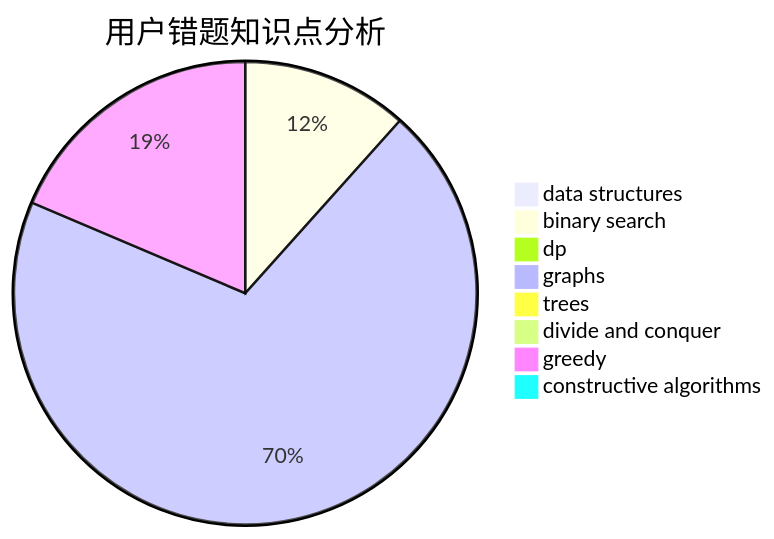
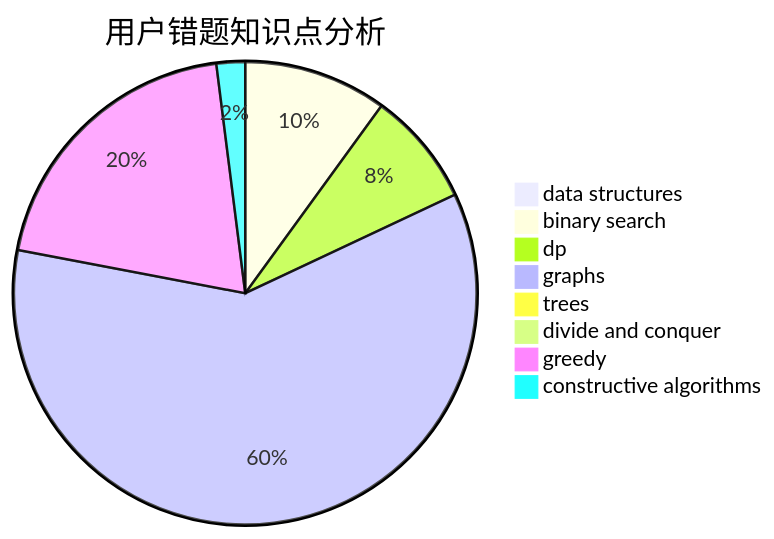
The third of 3 diagrams in docs/user/u129.md (sherpahu/cfrs.github.io), drawn with Mermaid before and after one commit. The commit also changed other lines of this file and 2770 other files, not shown here.

````diff
--- a/docs/user/u129.md
+++ b/docs/user/u129.md
@@ -36,11 +36,11 @@
 ```mermaid
 pie title 用户错题知识点分析
     "data structures" :  0
     "binary search" :  5
-    "dp" :  0
+    "dp" :  4
     "graphs" :  30
     "trees" :  0
     "divide and conquer" :  0
-    "greedy" :  8
-    "constructive algorithms" :  0
+    "greedy" :  10
+    "constructive algorithms" :  1
 ```
````
